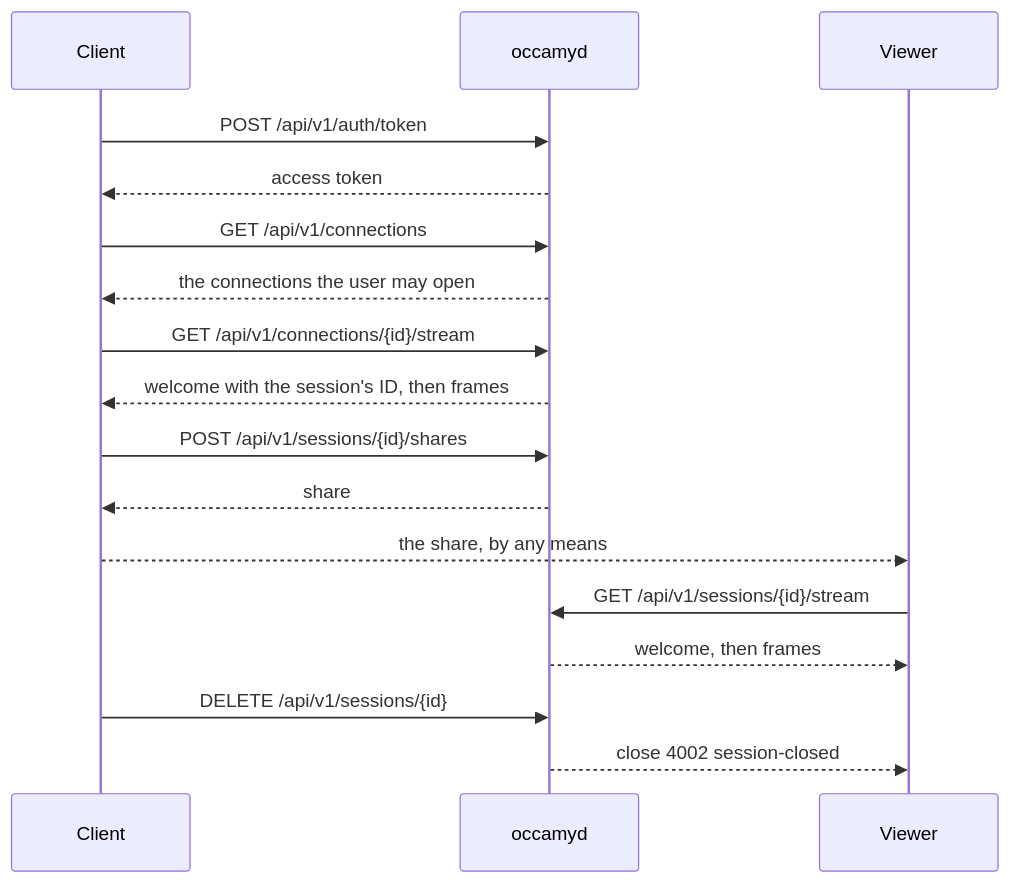
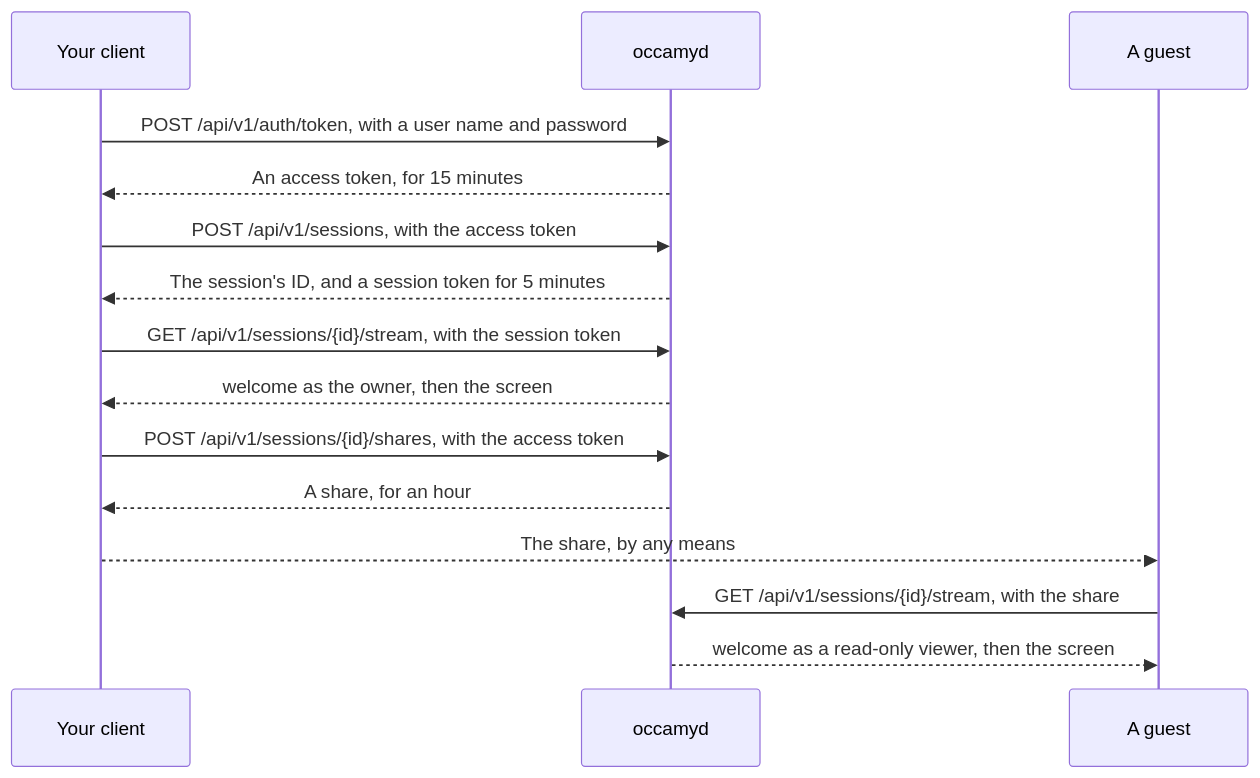
One commit to changkun/occamy changed the first of 4 diagrams in docs/api.md. Above: the diagram before and after it, drawn with Mermaid. The commit also changed other lines of this file, not shown here.

First line of the commit message:
docs: explain the HTTP API before specifying it, with figures and runnable examples

````diff
--- a/docs/api.md
+++ b/docs/api.md
@@ -37,19 +36,17 @@
 ```mermaid
 sequenceDiagram
-  participant C as Client
+  participant C as Your client
   participant O as occamyd
-  participant V as Viewer
-  C->>O: POST /api/v1/auth/token
-  O-->>C: access token
-  C->>O: GET /api/v1/connections
-  O-->>C: the connections the user may open
-  C->>O: GET /api/v1/connections/{id}/stream
-  O-->>C: welcome with the session's ID, then frames
-  C->>O: POST /api/v1/sessions/{id}/shares
-  O-->>C: share
-  C-->>V: the share, by any means
-  V->>O: GET /api/v1/sessions/{id}/stream
-  O-->>V: welcome, then frames
-  C->>O: DELETE /api/v1/sessions/{id}
-  O-->>V: close 4002 session-closed
+  participant G as A guest
+  C->>O: POST /api/v1/auth/token, with a user name and password
+  O-->>C: An access token, for 15 minutes
+  C->>O: POST /api/v1/sessions, with the access token
+  O-->>C: The session's ID, and a session token for 5 minutes
+  C->>O: GET /api/v1/sessions/{id}/stream, with the session token
+  O-->>C: welcome as the owner, then the screen
+  C->>O: POST /api/v1/sessions/{id}/shares, with the access token
+  O-->>C: A share, for an hour
+  C-->>G: The share, by any means
+  G->>O: GET /api/v1/sessions/{id}/stream, with the share
+  O-->>G: welcome as a read-only viewer, then the screen
 ```
````
